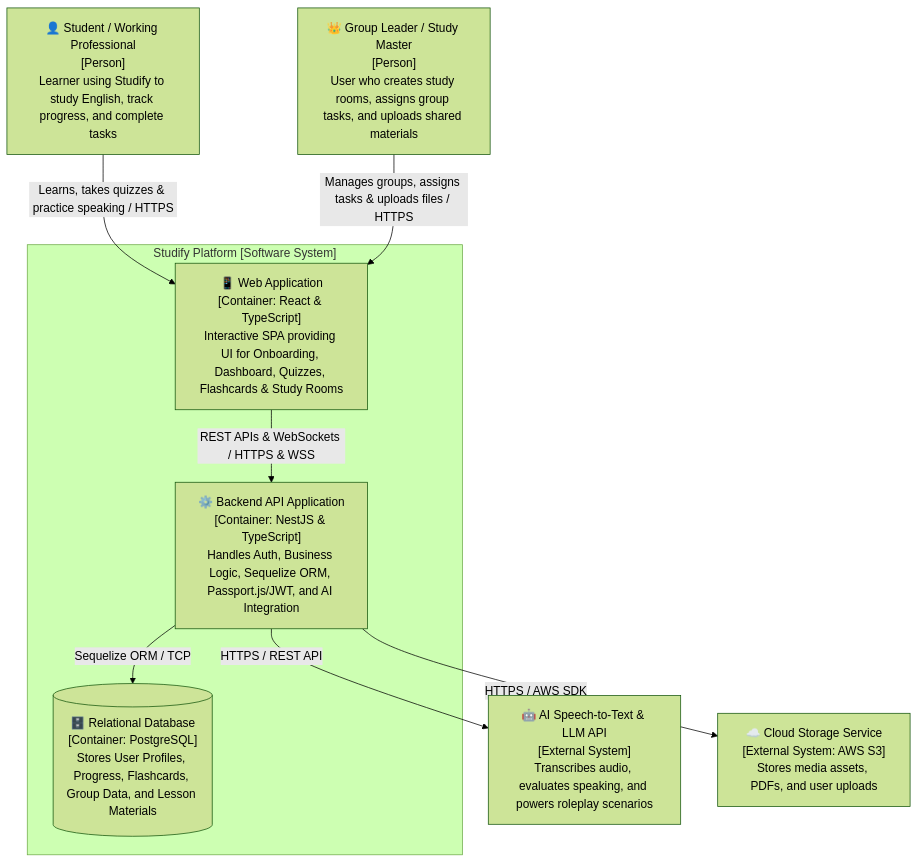
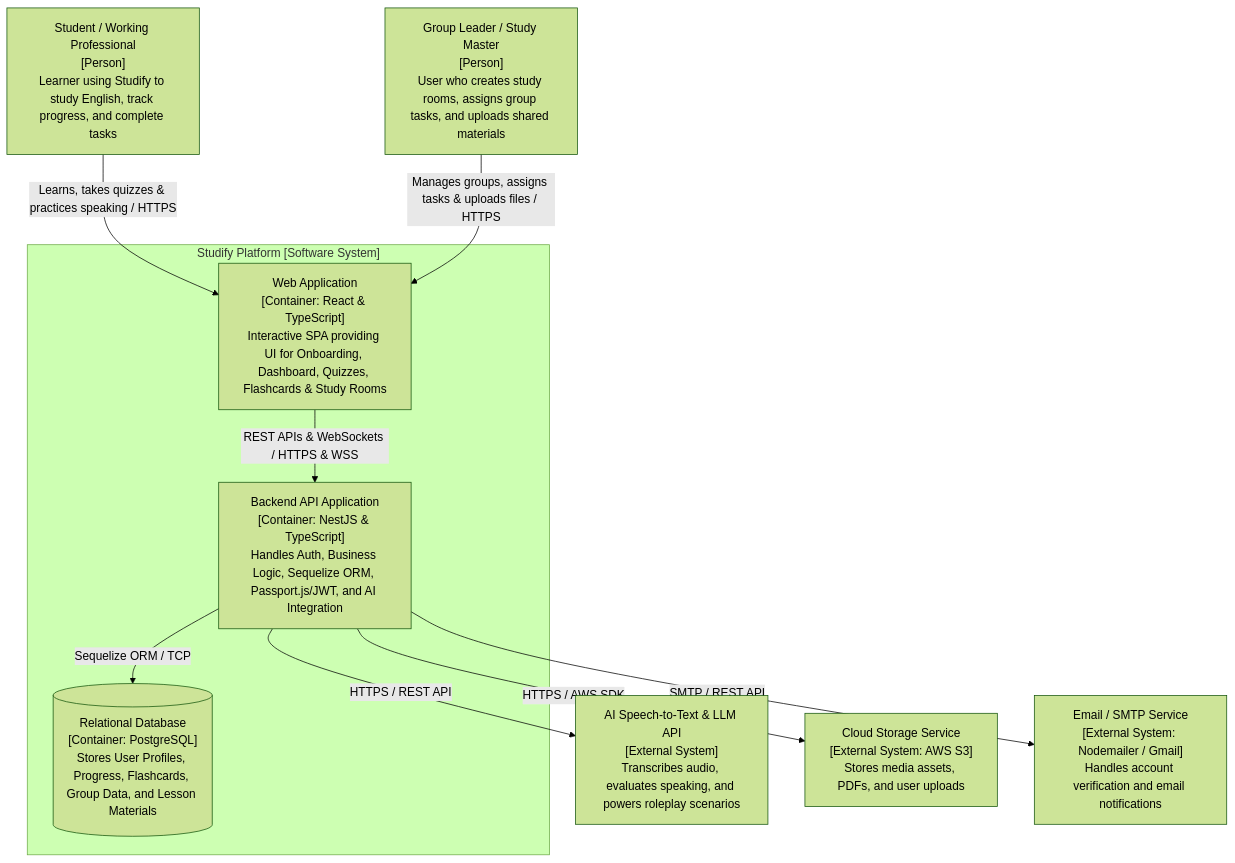
One commit to mthupham/STUDIFY changed the seventh of 10 diagrams in PA4-Group09/Report.md. Above: the diagram before and after it, drawn with Mermaid (forest theme). The commit also changed other lines of this file, not shown here.

Commit message:
docs: enhance System Context Diagram and relationships in Report.md for clarity and detail

````diff
--- a/PA4-Group09/Report.md
+++ b/PA4-Group09/Report.md
@@ -327,33 +337,35 @@
 ```mermaid  
 ---
 config:
   layout: dagre
 ---
 graph TB
     %% Actors (Aligned with Level 1 Context Diagram)
-    Student["👤 Student / Working Professional<br/>[Person]<br/>Learner using Studify to study English, track progress, and complete tasks"]
-    Leader["👑 Group Leader / Study Master<br/>[Person]<br/>User who creates study rooms, assigns group tasks, and uploads shared materials"]
+    Student["Student / Working Professional<br/>[Person]<br/>Learner using Studify to study English, track progress, and complete tasks"]
+    Leader["Group Leader / Study Master<br/>[Person]<br/>User who creates study rooms, assigns group tasks, and uploads shared materials"]
 
     %% External Systems
-    STT_AI["🤖 AI Speech-to-Text & LLM API<br/>[External System]<br/>Transcribes audio, evaluates speaking, and powers roleplay scenarios"]
-    S3["☁️ Cloud Storage Service<br/>[External System: AWS S3]<br/>Stores media assets, PDFs, and user uploads"]
+    STT_AI["AI Speech-to-Text & LLM API<br/>[External System]<br/>Transcribes audio, evaluates speaking, and powers roleplay scenarios"]
+    S3["Cloud Storage Service<br/>[External System: AWS S3]<br/>Stores media assets, PDFs, and user uploads"]
+    SMTP["Email / SMTP Service<br/>[External System: Nodemailer / Gmail]<br/>Handles account verification and email notifications"]
 
     %% Software System Boundary
     subgraph SystemBoundary["Studify Platform [Software System]"]
-        WA["📱 Web Application<br/>[Container: React & TypeScript]<br/>Interactive SPA providing UI for Onboarding, Dashboard, Quizzes, Flashcards & Study Rooms"]
-        API["⚙️ Backend API Application<br/>[Container: NestJS & TypeScript]<br/>Handles Auth, Business Logic, Sequelize ORM, Passport.js/JWT, and AI Integration"]
-        DB[("🗄️ Relational Database<br/>[Container: PostgreSQL]<br/>Stores User Profiles, Progress, Flashcards, Group Data, and Lesson Materials")]
+        WA["Web Application<br/>[Container: React & TypeScript]<br/>Interactive SPA providing UI for Onboarding, Dashboard, Quizzes, Flashcards & Study Rooms"]
+        API["Backend API Application<br/>[Container: NestJS & TypeScript]<br/>Handles Auth, Business Logic, Sequelize ORM, Passport.js/JWT, and AI Integration"]
+        DB[("Relational Database<br/>[Container: PostgreSQL]<br/>Stores User Profiles, Progress, Flashcards, Group Data, and Lesson Materials")]
     end
 
     %% User Interactions
-    Student -->|Learns, takes quizzes & practice speaking / HTTPS| WA
+    Student -->|Learns, takes quizzes & practices speaking / HTTPS| WA
     Leader -->|Manages groups, assigns tasks & uploads files / HTTPS| WA
 
     %% Internal Communication
     WA -->|REST APIs & WebSockets / HTTPS & WSS| API
     API -->|Sequelize ORM / TCP| DB
 
     %% External API Communication
     API -->|HTTPS / REST API| STT_AI
-    API -->|HTTPS / AWS SDK| S3  
+    API -->|HTTPS / AWS SDK| S3
+    API -->|SMTP / REST API| SMTP
 ```
````
